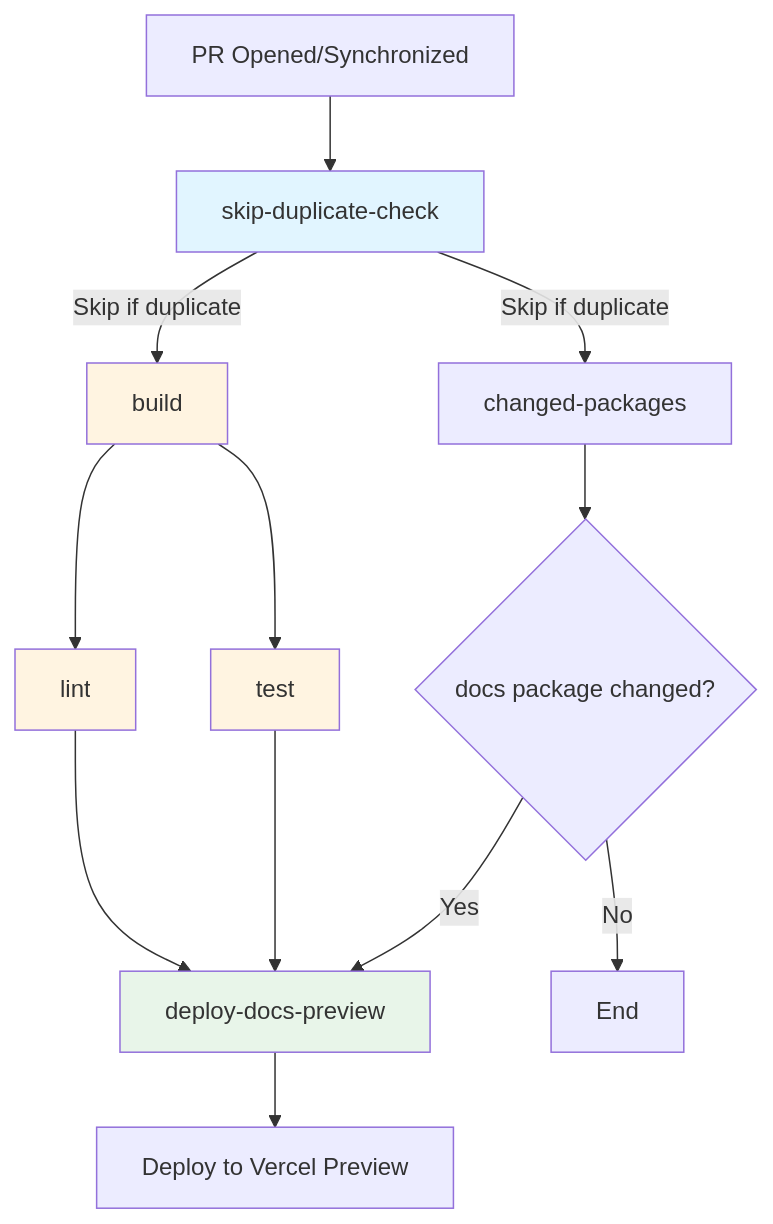
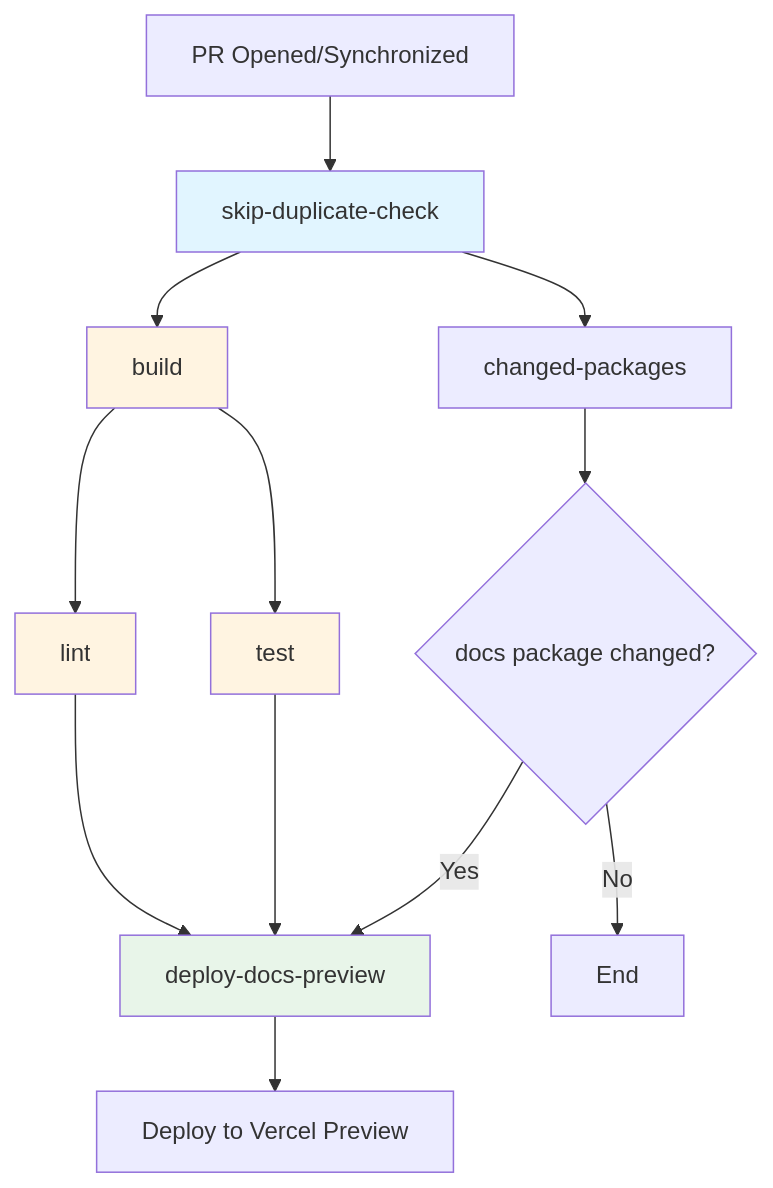
The first of 4 diagrams in .github/README.md (o2sdev/openselfservice), drawn with Mermaid before and after one commit. The commit also changed other lines of this file, not shown here.

````diff
--- a/.github/README.md
+++ b/.github/README.md
@@ -8,20 +8,20 @@
 ```mermaid
 graph TD
     A[PR Opened/Synchronized] --> B[skip-duplicate-check]
-    B -->|Skip if duplicate| C[changed-packages]
-    B -->|Skip if duplicate| D[build]
+    B --> C[changed-packages]
+    B --> D[build]
     C --> E{docs package changed?}
     D --> F[lint]
     D --> G[test]
     F --> H[deploy-docs-preview]
     G --> H
     E -->|Yes| H
     E -->|No| I[End]
     H --> J[Deploy to Vercel Preview]
 
     style B fill:#e1f5ff
     style D fill:#fff4e1
     style F fill:#fff4e1
     style G fill:#fff4e1
     style H fill:#e8f5e9
 ```
````
